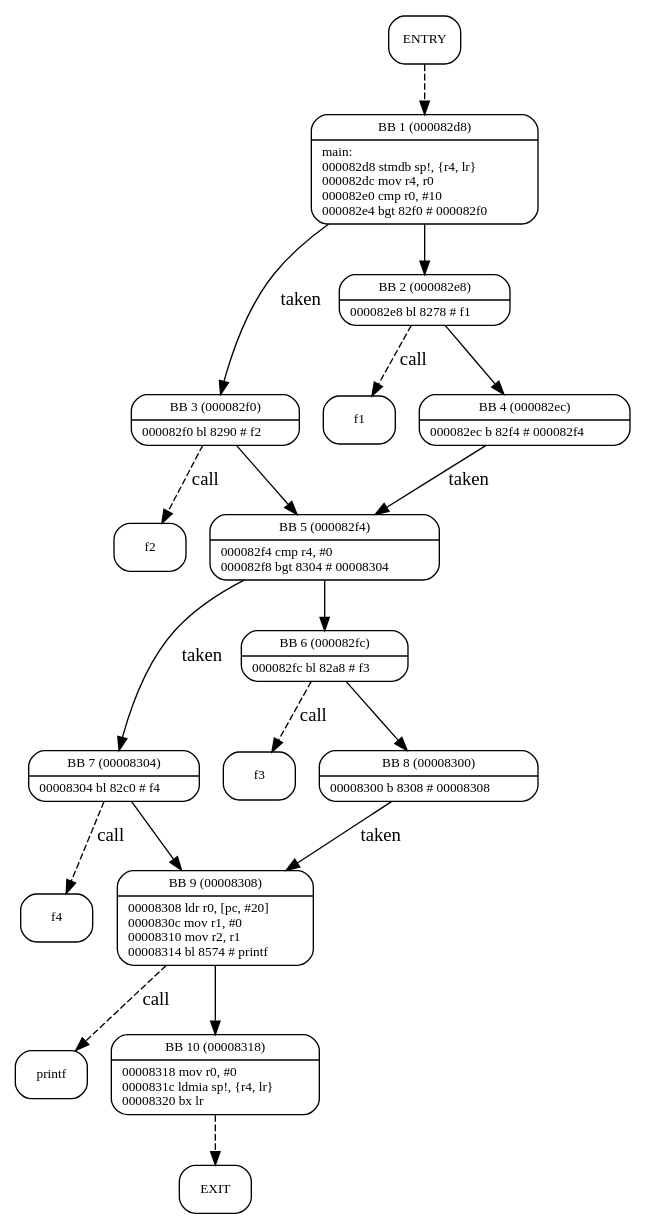
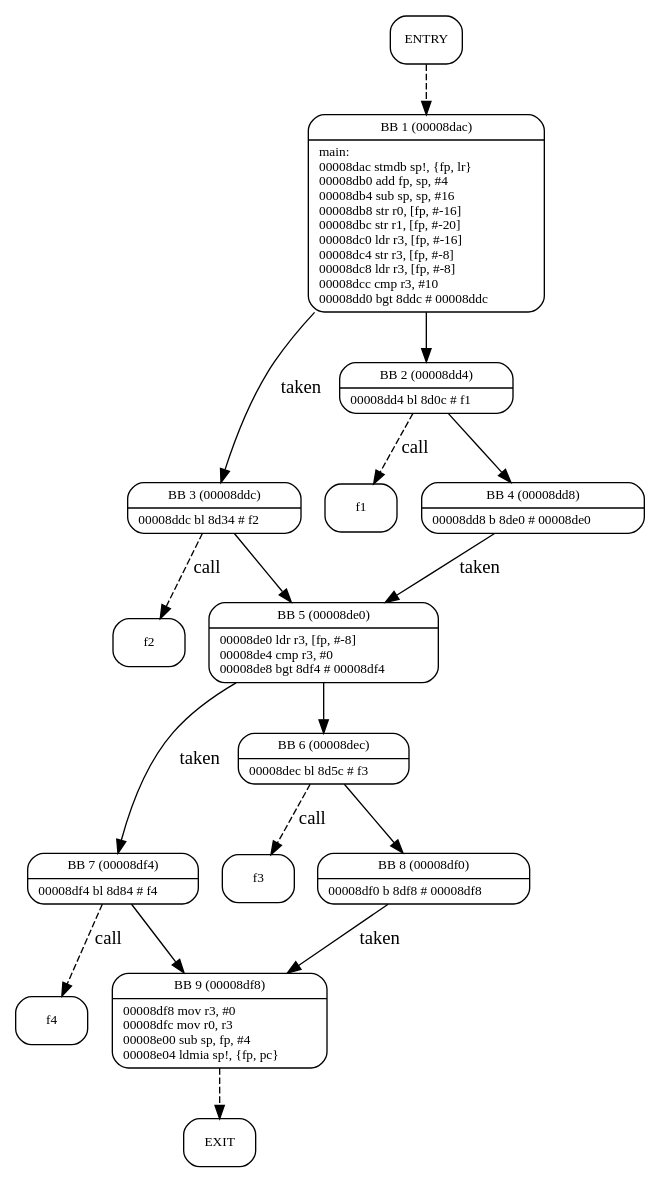
The diagram in benchmarks/if_then_else_2seq/if_then_else_2seq.dot (Dune-jr/pathfinder), drawn with Graphviz before and after one commit. The commit also changed 12 other files, not shown here.

```diff
--- a/benchmarks/if_then_else_2seq/if_then_else_2seq.dot
+++ b/benchmarks/if_then_else_2seq/if_then_else_2seq.dot
@@ -1,38 +1,34 @@
 digraph main{
 node [shape=Mrecord, labeljust=l, fontsize=10];
 	"0" [label="ENTRY"]
 	"0" -> "1" [style=dashed, weight=1];
-	"1" [label="{BB 1 (000082d8) | main:\l000082d8    stmdb sp!, \{r4, lr\}\l000082dc    mov r4, r0\l000082e0    cmp r0, #10\l000082e4    bgt 82f0    # 000082f0\l }"]
+	"1" [label="{BB 1 (00008dac) | main:\l00008dac    stmdb sp!, \{fp, lr\}\l00008db0    add fp, sp, #4\l00008db4    sub sp, sp, #16\l00008db8    str r0, [fp, #-16]\l00008dbc    str r1, [fp, #-20]\l00008dc0    ldr r3, [fp, #-16]\l00008dc4    str r3, [fp, #-8]\l00008dc8    ldr r3, [fp, #-8]\l00008dcc    cmp r3, #10\l00008dd0    bgt 8ddc    # 00008ddc\l }"]
 	"1" -> "3" [label="taken", weight=3];
 	"1" -> "2" [weight=4];
-	"2" [label="{BB 2 (000082e8) | 000082e8    bl 8278    # f1\l }"]
-	"0000000001f776b0f1" [label="f1"]
-	"2" -> "0000000001f776b0f1" [label="call", style=dashed, weight=1]
+	"2" [label="{BB 2 (00008dd4) | 00008dd4    bl 8d0c    # f1\l }"]
+	"0000000002650dc0f1" [label="f1"]
+	"2" -> "0000000002650dc0f1" [label="call", style=dashed, weight=1]
 	"2" -> "4" [weight=4];
-	"3" [label="{BB 3 (000082f0) | 000082f0    bl 8290    # f2\l }"]
-	"0000000001f77630f2" [label="f2"]
-	"3" -> "0000000001f77630f2" [label="call", style=dashed, weight=1]
+	"3" [label="{BB 3 (00008ddc) | 00008ddc    bl 8d34    # f2\l }"]
+	"0000000002650b90f2" [label="f2"]
+	"3" -> "0000000002650b90f2" [label="call", style=dashed, weight=1]
 	"3" -> "5" [weight=4];
-	"4" [label="{BB 4 (000082ec) | 000082ec    b 82f4    # 000082f4\l }"]
+	"4" [label="{BB 4 (00008dd8) | 00008dd8    b 8de0    # 00008de0\l }"]
 	"4" -> "5" [label="taken", weight=3];
-	"5" [label="{BB 5 (000082f4) | 000082f4    cmp r4, #0\l000082f8    bgt 8304    # 00008304\l }"]
+	"5" [label="{BB 5 (00008de0) | 00008de0    ldr r3, [fp, #-8]\l00008de4    cmp r3, #0\l00008de8    bgt 8df4    # 00008df4\l }"]
 	"5" -> "7" [label="taken", weight=3];
 	"5" -> "6" [weight=4];
-	"6" [label="{BB 6 (000082fc) | 000082fc    bl 82a8    # f3\l }"]
-	"0000000001f771b0f3" [label="f3"]
-	"6" -> "0000000001f771b0f3" [label="call", style=dashed, weight=1]
+	"6" [label="{BB 6 (00008dec) | 00008dec    bl 8d5c    # f3\l }"]
+	"0000000002650490f3" [label="f3"]
+	"6" -> "0000000002650490f3" [label="call", style=dashed, weight=1]
 	"6" -> "8" [weight=4];
-	"7" [label="{BB 7 (00008304) | 00008304    bl 82c0    # f4\l }"]
-	"0000000001f76fb0f4" [label="f4"]
-	"7" -> "0000000001f76fb0f4" [label="call", style=dashed, weight=1]
+	"7" [label="{BB 7 (00008df4) | 00008df4    bl 8d84    # f4\l }"]
+	"0000000002650290f4" [label="f4"]
+	"7" -> "0000000002650290f4" [label="call", style=dashed, weight=1]
 	"7" -> "9" [weight=4];
-	"8" [label="{BB 8 (00008300) | 00008300    b 8308    # 00008308\l }"]
+	"8" [label="{BB 8 (00008df0) | 00008df0    b 8df8    # 00008df8\l }"]
 	"8" -> "9" [label="taken", weight=3];
-	"9" [label="{BB 9 (00008308) | 00008308    ldr r0, [pc, #20]\l0000830c    mov r1, #0\l00008310    mov r2, r1\l00008314    bl 8574    # printf\l }"]
-	"0000000001f766b0printf" [label="printf"]
-	"9" -> "0000000001f766b0printf" [label="call", style=dashed, weight=1]
-	"9" -> "10" [weight=4];
-	"10" [label="{BB 10 (00008318) | 00008318    mov r0, #0\l0000831c    ldmia sp!, \{r4, lr\}\l00008320    bx lr\l }"]
-	"10" -> "11" [style=dashed, weight=1];
-	"11" [label="EXIT"]
+	"9" [label="{BB 9 (00008df8) | 00008df8    mov r3, #0\l00008dfc    mov r0, r3\l00008e00    sub sp, fp, #4\l00008e04    ldmia sp!, \{fp, pc\}\l }"]
+	"9" -> "10" [style=dashed, weight=1];
+	"10" [label="EXIT"]
 }
```
